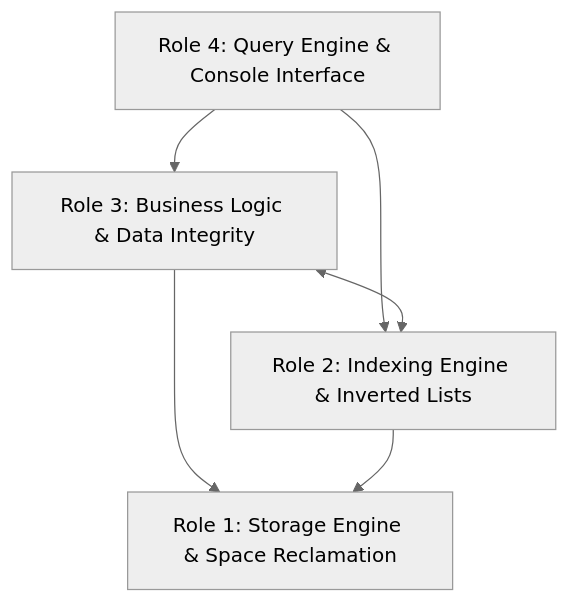
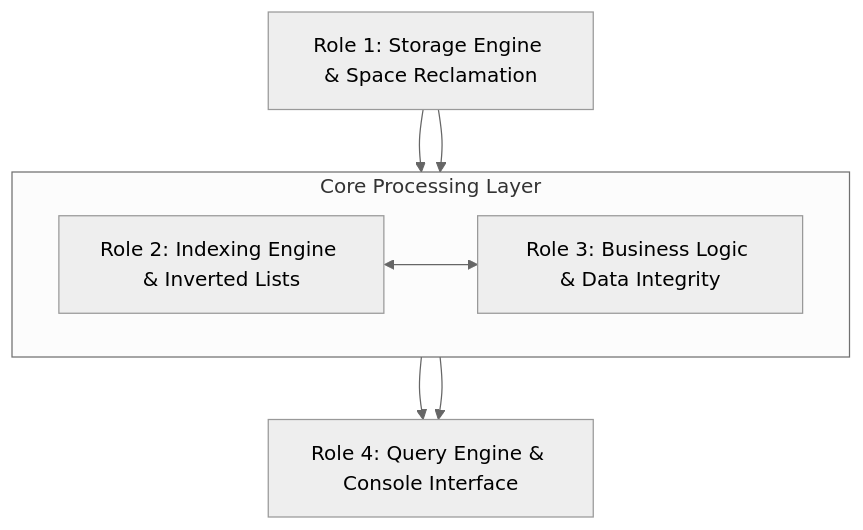
One commit to zzokm/File-Management-Assignment1 changed the first of 2 diagrams in TEAM_WORK_DIVISION.md. Above: the diagram before and after it, drawn with Mermaid (neutral theme). The commit also changed 1 other file, not shown here.

Commit message:
Reverse system architecture diagram and place Role 2 and 3 side-by-side

````diff
--- a/TEAM_WORK_DIVISION.md
+++ b/TEAM_WORK_DIVISION.md
@@ -26,13 +26,18 @@
 ```mermaid
 flowchart TD
-    M4["Role 4: Query Engine & Console Interface"]
-    M3["Role 3: Business Logic & Data Integrity"]
-    M2["Role 2: Indexing Engine & Inverted Lists"]
     M1["Role 1: Storage Engine & Space Reclamation"]
 
-    M4 --> M3
-    M4 --> M2
-    M3 <--> M2
-    M3 --> M1
-    M2 --> M1
+    subgraph Core ["Core Processing Layer"]
+        direction LR
+        M2["Role 2: Indexing Engine & Inverted Lists"]
+        M3["Role 3: Business Logic & Data Integrity"]
+        M2 <--> M3
+    end
+
+    M4["Role 4: Query Engine & Console Interface"]
+
+    M1 --> M2
+    M1 --> M3
+    M2 --> M4
+    M3 --> M4
 ```
````
